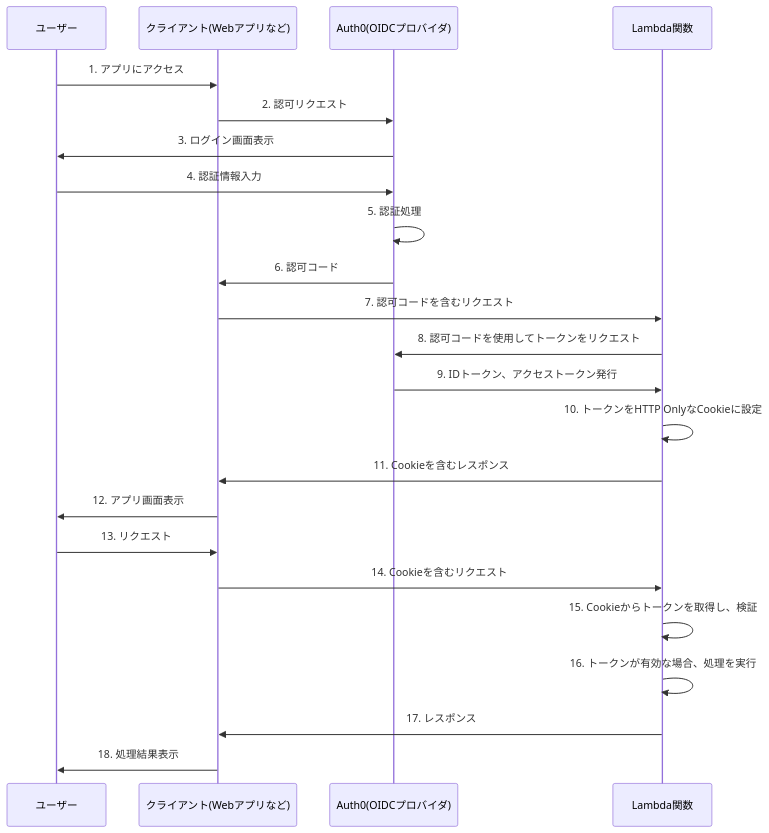
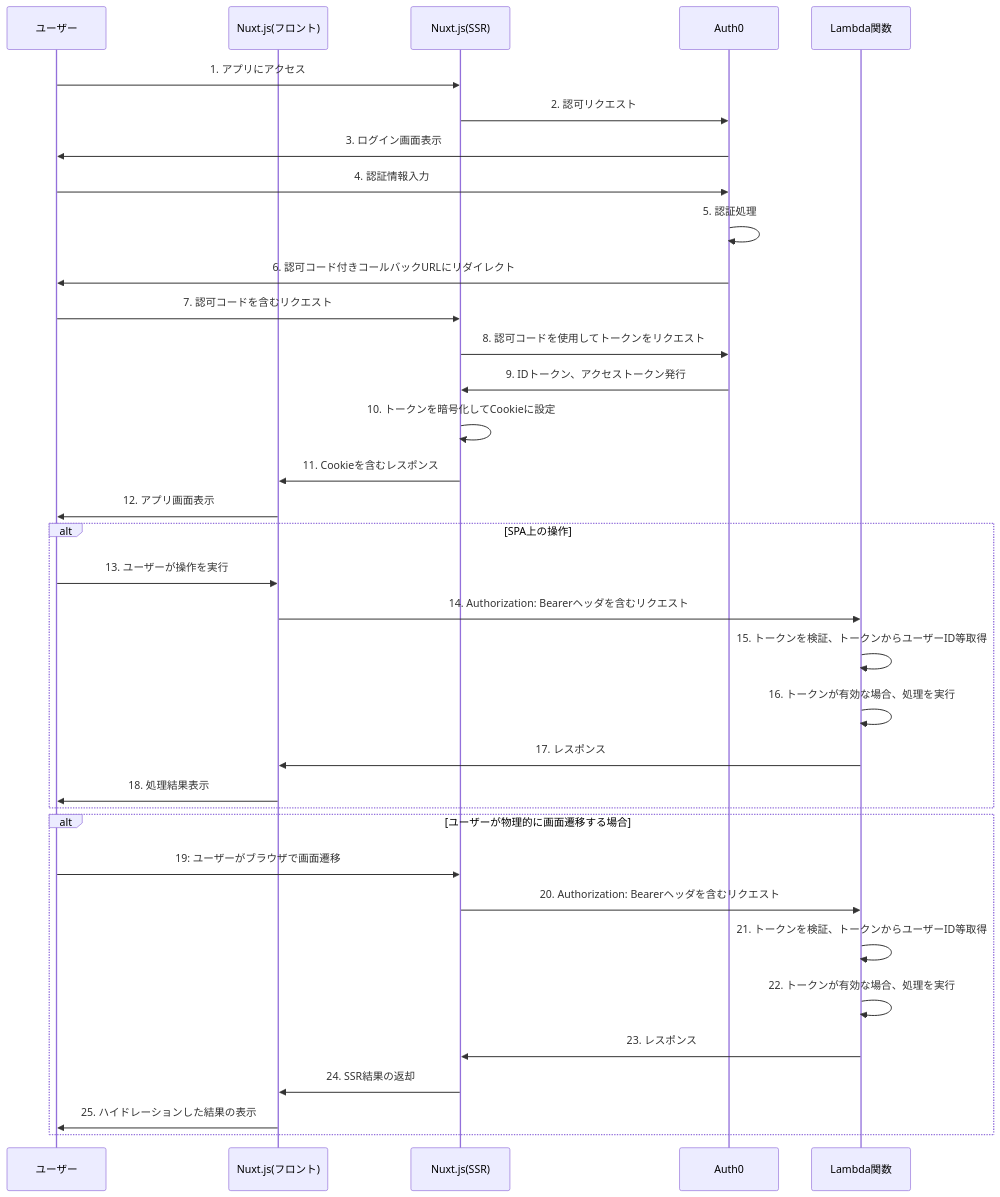
Before and after one commit to tri-star/chase-light: the diagram in docs/auth0-diagram.md, drawn with Mermaid.

Commit message:
認証に関するフロー図の修正

````diff
--- a/docs/auth0-diagram.md
+++ b/docs/auth0-diagram.md
@@ -1,26 +1,38 @@
 ```mermaid
 sequenceDiagram
     participant User as ユーザー
-    participant Client as クライアント(Webアプリなど)
-    participant Auth0 as Auth0(OIDCプロバイダ)
+    participant Front as Nuxt.js(フロント)
+    participant Server as Nuxt.js(SSR)
+    participant Auth0 as Auth0
     participant Lambda as Lambda関数
 
-    User->>Client: 1. アプリにアクセス
-    Client->>Auth0: 2. 認可リクエスト
+    User->>Server: 1. アプリにアクセス
+    Server->>Auth0: 2. 認可リクエスト
     Auth0->>User: 3. ログイン画面表示
     User->>Auth0: 4. 認証情報入力
     Auth0->>Auth0: 5. 認証処理
-    Auth0->>Client: 6. 認可コード
-    Client->>Lambda: 7. 認可コードを含むリクエスト
-    Lambda->>Auth0: 8. 認可コードを使用してトークンをリクエスト
-    Auth0->>Lambda: 9. IDトークン、アクセストークン発行
-    Lambda->>Lambda: 10. トークンをHTTP OnlyなCookieに設定
-    Lambda->>Client: 11. Cookieを含むレスポンス
-    Client->>User: 12. アプリ画面表示
-    User->>Client: 13. リクエスト
-    Client->>Lambda: 14. Cookieを含むリクエスト
-    Lambda->>Lambda: 15. Cookieからトークンを取得し、検証
-    Lambda->>Lambda: 16. トークンが有効な場合、処理を実行
-    Lambda->>Client: 17. レスポンス
-    Client->>User: 18. 処理結果表示
+    Auth0->>User: 6. 認可コード付きコールバックURLにリダイレクト
+    User->>Server: 7. 認可コードを含むリクエスト
+    Server->>Auth0: 8. 認可コードを使用してトークンをリクエスト
+    Auth0->>Server: 9. IDトークン、アクセストークン発行
+    Server->>Server: 10. トークンを暗号化してCookieに設定
+    Server->>Front: 11. Cookieを含むレスポンス
+    Front->>User: 12. アプリ画面表示
+    alt SPA上の操作
+        User->>Front: 13. ユーザーが操作を実行
+        Front->>Lambda: 14. Authorization: Bearerヘッダを含むリクエスト
+        Lambda->>Lambda: 15. トークンを検証、トークンからユーザーID等取得
+        Lambda->>Lambda: 16. トークンが有効な場合、処理を実行
+        Lambda->>Front: 17. レスポンス
+        Front->>User: 18. 処理結果表示
+    end
+    alt ユーザーが物理的に画面遷移する場合
+        User->>Server: 19: ユーザーがブラウザで画面遷移
+        Server->>Lambda: 20. Authorization: Bearerヘッダを含むリクエスト
+        Lambda->>Lambda: 21. トークンを検証、トークンからユーザーID等取得
+        Lambda->>Lambda: 22. トークンが有効な場合、処理を実行
+        Lambda->>Server: 23. レスポンス
+        Server->>Front: 24. SSR結果の返却
+        Front->>User: 25. ハイドレーションした結果の表示
+    end
 ```
````
